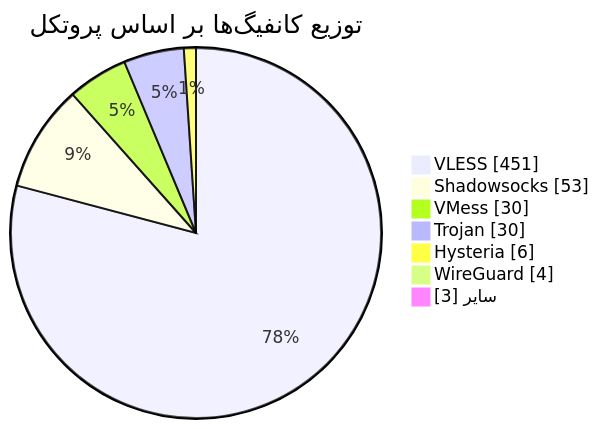
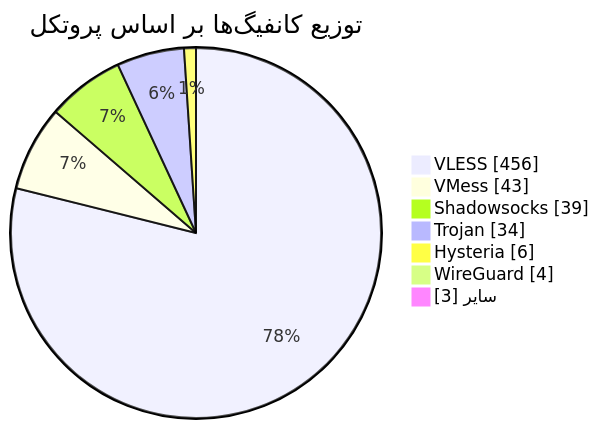
The diagram in README.md (Arian-Alijani/Somthing), drawn with Mermaid before and after one commit. The commit also changed other lines of this file and 17 other files, not shown here.

````diff
--- a/README.md
+++ b/README.md
@@ -49,11 +49,11 @@
 ```mermaid
 pie showData
     title توزیع کانفیگ‌ها بر اساس پروتکل
-    "VLESS" : 451
-    "Shadowsocks" : 53
-    "VMess" : 30
-    "Trojan" : 30
+    "VLESS" : 456
+    "VMess" : 43
+    "Shadowsocks" : 39
+    "Trojan" : 34
     "Hysteria" : 6
     "WireGuard" : 4
     "سایر" : 3
 ```
````
